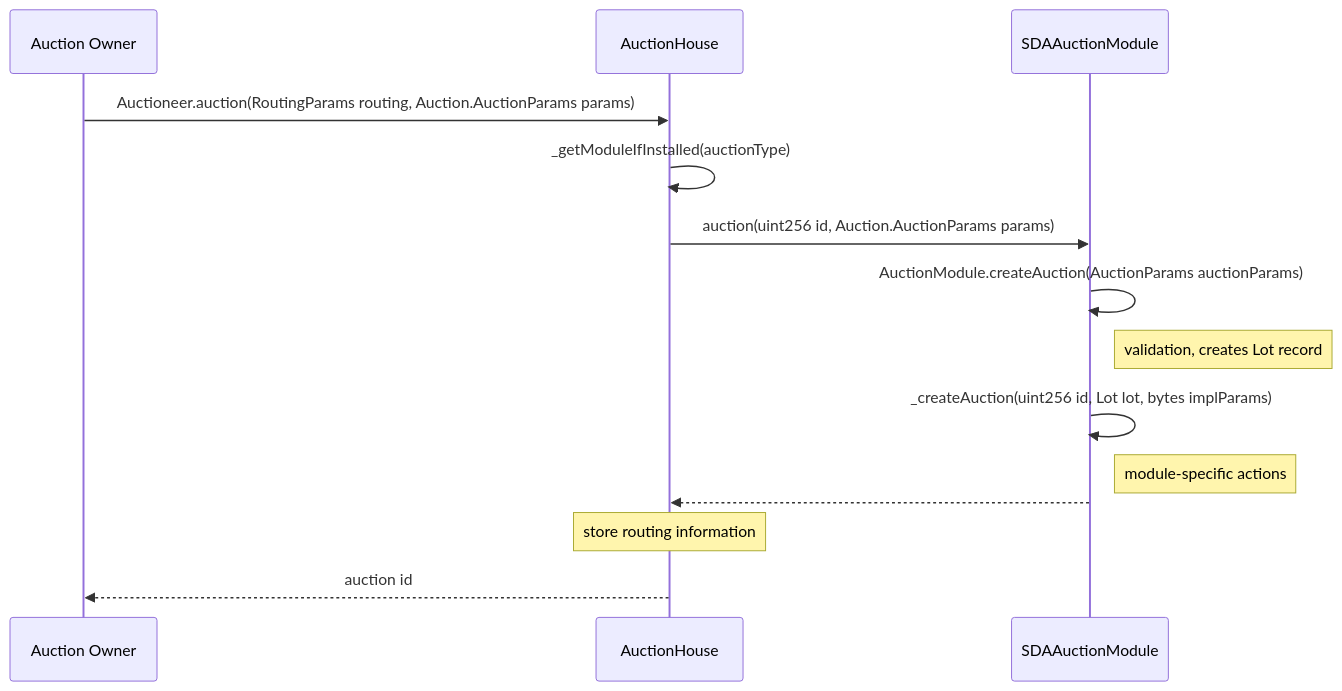
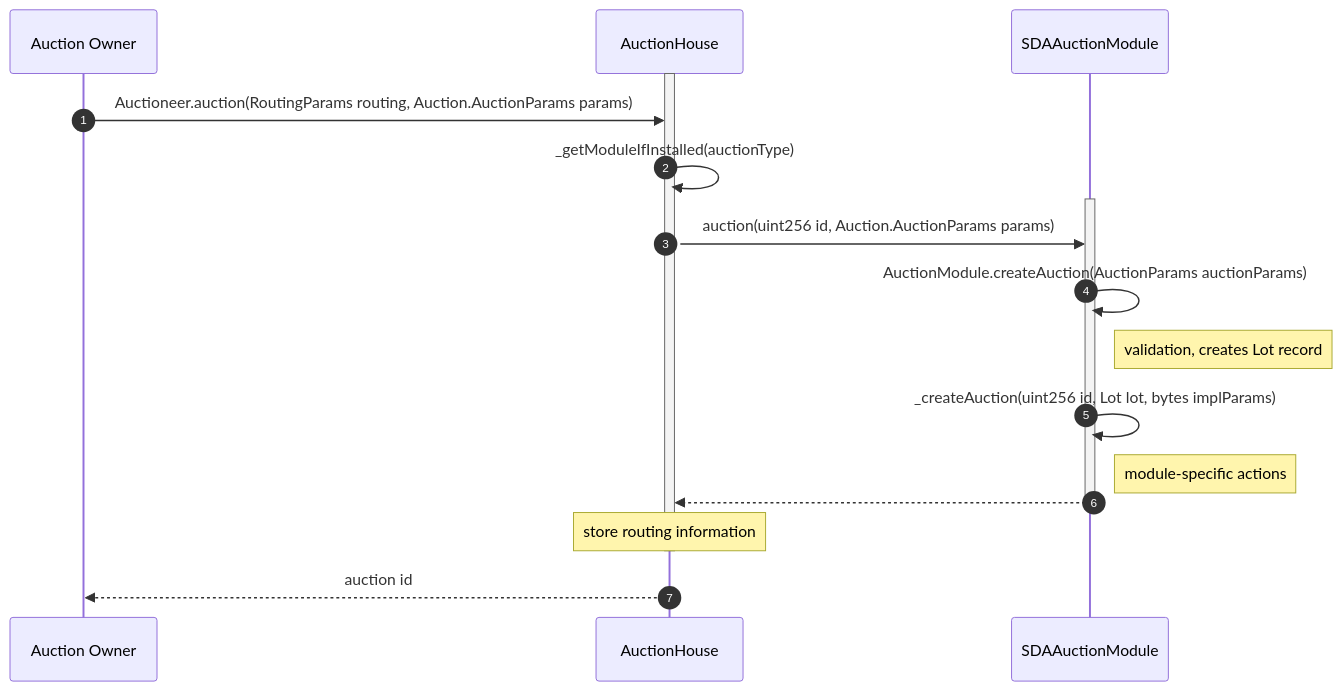
The second of 3 diagrams in ARCHITECTURE.md (Axis-Fi/axis-core), drawn with Mermaid before and after one commit. The commit also changed other lines of this file, not shown here.

````diff
--- a/ARCHITECTURE.md
+++ b/ARCHITECTURE.md
@@ -196,23 +196,28 @@
 ```mermaid
 sequenceDiagram
+  autoNumber
   participant Auction Owner
   participant AuctionHouse
   participant SDAAuctionModule
 
-  Auction Owner->>AuctionHouse: Auctioneer.auction(RoutingParams routing, Auction.AuctionParams params)
+  activate AuctionHouse
+    Auction Owner->>AuctionHouse: Auctioneer.auction(RoutingParams routing, Auction.AuctionParams params)
 
-  AuctionHouse->>AuctionHouse: _getModuleIfInstalled(auctionType)
+    AuctionHouse->>AuctionHouse: _getModuleIfInstalled(auctionType)
 
-  AuctionHouse->>SDAAuctionModule: auction(uint256 id, Auction.AuctionParams params)
+    activate SDAAuctionModule
+      AuctionHouse->>SDAAuctionModule: auction(uint256 id, Auction.AuctionParams params)
 
-  SDAAuctionModule->>SDAAuctionModule: AuctionModule.createAuction(AuctionParams auctionParams)
-  Note right of SDAAuctionModule: validation, creates Lot record
-  SDAAuctionModule->>SDAAuctionModule: _createAuction(uint256 id, Lot lot, bytes implParams)
-  Note right of SDAAuctionModule: module-specific actions
+      SDAAuctionModule->>SDAAuctionModule: AuctionModule.createAuction(AuctionParams auctionParams)
+      Note right of SDAAuctionModule: validation, creates Lot record
+      SDAAuctionModule->>SDAAuctionModule: _createAuction(uint256 id, Lot lot, bytes implParams)
+      Note right of SDAAuctionModule: module-specific actions
 
-  SDAAuctionModule-->>AuctionHouse: 
+      SDAAuctionModule-->>AuctionHouse: 
+    deactivate SDAAuctionModule
 
-  Note over AuctionHouse: store routing information
+    Note over AuctionHouse: store routing information
+  deactivate AuctionHouse
 
   AuctionHouse-->>Auction Owner: auction id
 ```
````
